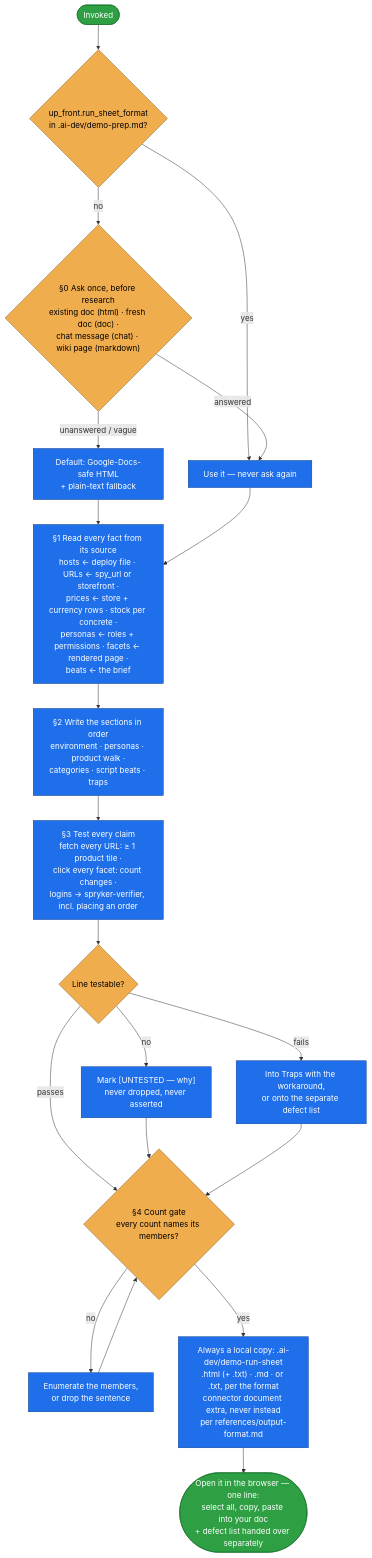
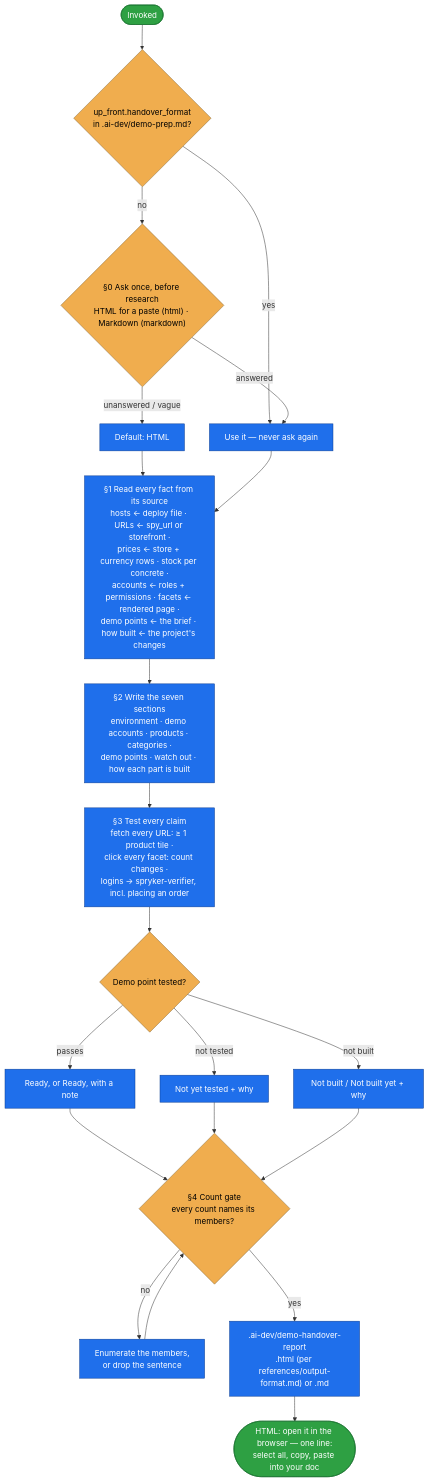
Before and after one commit to spryker-sdk/ai-dev: the diagram in plugins/spryker-ai-dev-sdk/skills/demo-run-sheet/README.md, drawn with Mermaid. The commit also changed other lines of this file and 6 other files, not shown here.

````diff
--- a/plugins/spryker-ai-dev-sdk/skills/demo-run-sheet/README.md
+++ b/plugins/spryker-ai-dev-sdk/skills/demo-run-sheet/README.md
@@ -19,29 +20,30 @@
 ```mermaid
 flowchart TD
-    A([Invoked]) --> UF{"up_front.run_sheet_format<br/>in .ai-dev/demo-prep.md?"}
+    A([Invoked]) --> UF{"up_front.handover_format<br/>in .ai-dev/demo-prep.md?"}
     UF -- "yes" --> FMT["Use it — never ask again"]
-    UF -- "no" --> ASK{"§0 Ask once, before research<br/>existing doc (html) · fresh doc (doc) ·<br/>chat message (chat) · wiki page (markdown)"}
-    ASK -- "unanswered / vague" --> DEF["Default: Google-Docs-safe HTML<br/>+ plain-text fallback"]
+    UF -- "no" --> ASK{"§0 Ask once, before research<br/>HTML for a paste (html) · Markdown (markdown)"}
+    ASK -- "unanswered / vague" --> DEF["Default: HTML"]
     ASK -- "answered" --> FMT
     DEF --> READ
-    FMT --> READ["§1 Read every fact from its source<br/>hosts ← deploy file · URLs ← spy_url or storefront ·<br/>prices ← store + currency rows · stock per concrete ·<br/>personas ← roles + permissions · facets ← rendered page ·<br/>beats ← the brief"]
-    READ --> SEC["§2 Write the sections in order<br/>environment · personas · product walk ·<br/>categories · script beats · traps"]
+    FMT --> READ["§1 Read every fact from its source<br/>hosts ← deploy file · URLs ← spy_url or storefront ·<br/>prices ← store + currency rows · stock per concrete ·<br/>accounts ← roles + permissions · facets ← rendered page ·<br/>demo points ← the brief · how built ← the project's changes"]
+    READ --> SEC["§2 Write the seven sections<br/>environment · demo accounts · products · categories ·<br/>demo points · watch out · how each part is built"]
     SEC --> TEST["§3 Test every claim<br/>fetch every URL: ≥ 1 product tile ·<br/>click every facet: count changes ·<br/>logins → spryker-verifier, incl. placing an order"]
-    TEST --> T{"Line testable?"}
-    T -- "no" --> UNT["Mark [UNTESTED — why]<br/>never dropped, never asserted"]
-    T -- "fails" --> TRAP["Into Traps with the workaround,<br/>or onto the separate defect list"]
-    T -- "passes" --> CNT
-    UNT --> CNT
-    TRAP --> CNT{"§4 Count gate<br/>every count names its members?"}
+    TEST --> T{"Demo point tested?"}
+    T -- "passes" --> RDY["Ready, or Ready, with a note"]
+    T -- "not tested" --> NYT["Not yet tested + why"]
+    T -- "not built" --> NB["Not built / Not built yet + why"]
+    RDY --> CNT
+    NYT --> CNT
+    NB --> CNT{"§4 Count gate<br/>every count names its members?"}
     CNT -- "no" --> FIXC["Enumerate the members,<br/>or drop the sentence"]
     FIXC --> CNT
-    CNT -- "yes" --> OUT["Always a local copy: .ai-dev/demo-run-sheet<br/>.html (+ .txt) · .md · or .txt, per the format<br/>connector document extra, never instead<br/>per references/output-format.md"]
-    OUT --> OPEN(["Open it in the browser — one line:<br/>select all, copy, paste into your doc<br/>+ defect list handed over separately"])
+    CNT -- "yes" --> OUT[".ai-dev/demo-handover-report<br/>.html (per references/output-format.md) or .md"]
+    OUT --> OPEN(["HTML: open it in the browser — one line:<br/>select all, copy, paste into your doc"])
 
     classDef step fill:#1f6feb,stroke:#0b3d91,color:#fff;
     classDef decision fill:#f0ad4e,stroke:#8a6d3b,color:#000;
     classDef terminal fill:#2ea043,stroke:#176f2c,color:#fff;
-    class FMT,DEF,READ,SEC,TEST,UNT,TRAP,FIXC,OUT step;
+    class FMT,DEF,READ,SEC,TEST,RDY,NYT,NB,FIXC,OUT step;
     class UF,ASK,T,CNT decision;
     class A,OPEN terminal;
 ```
````
